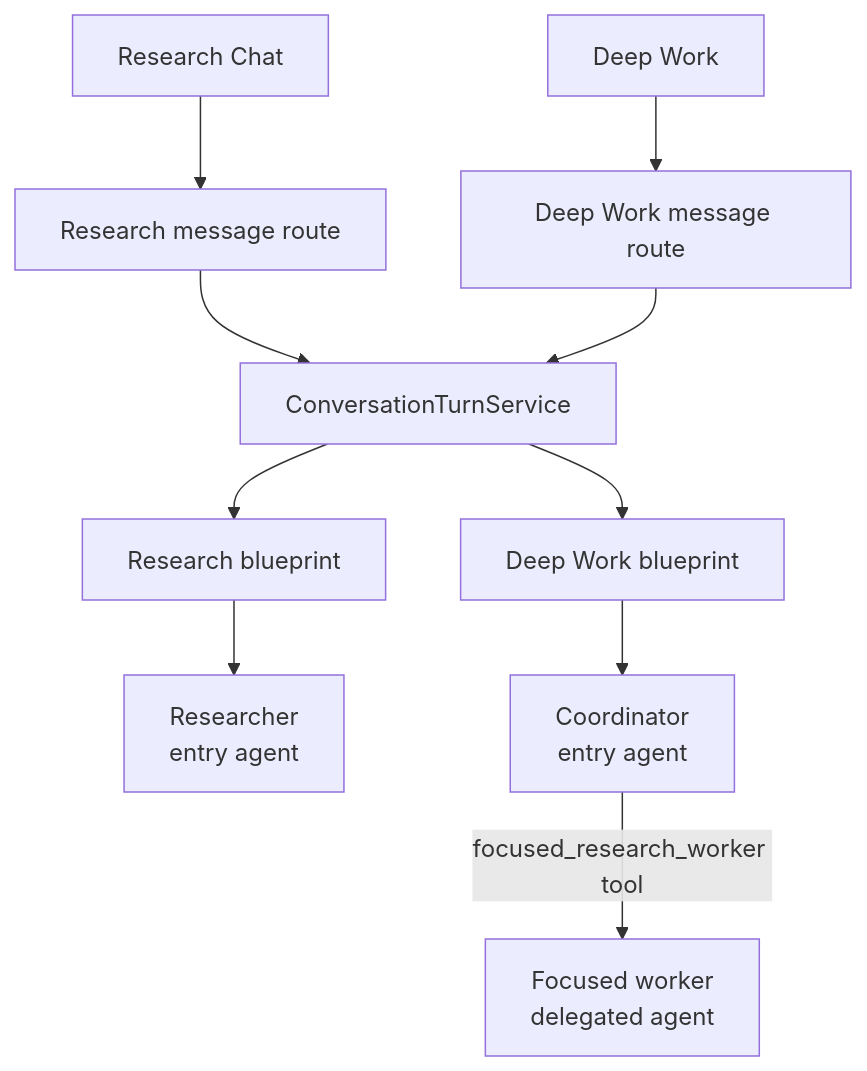
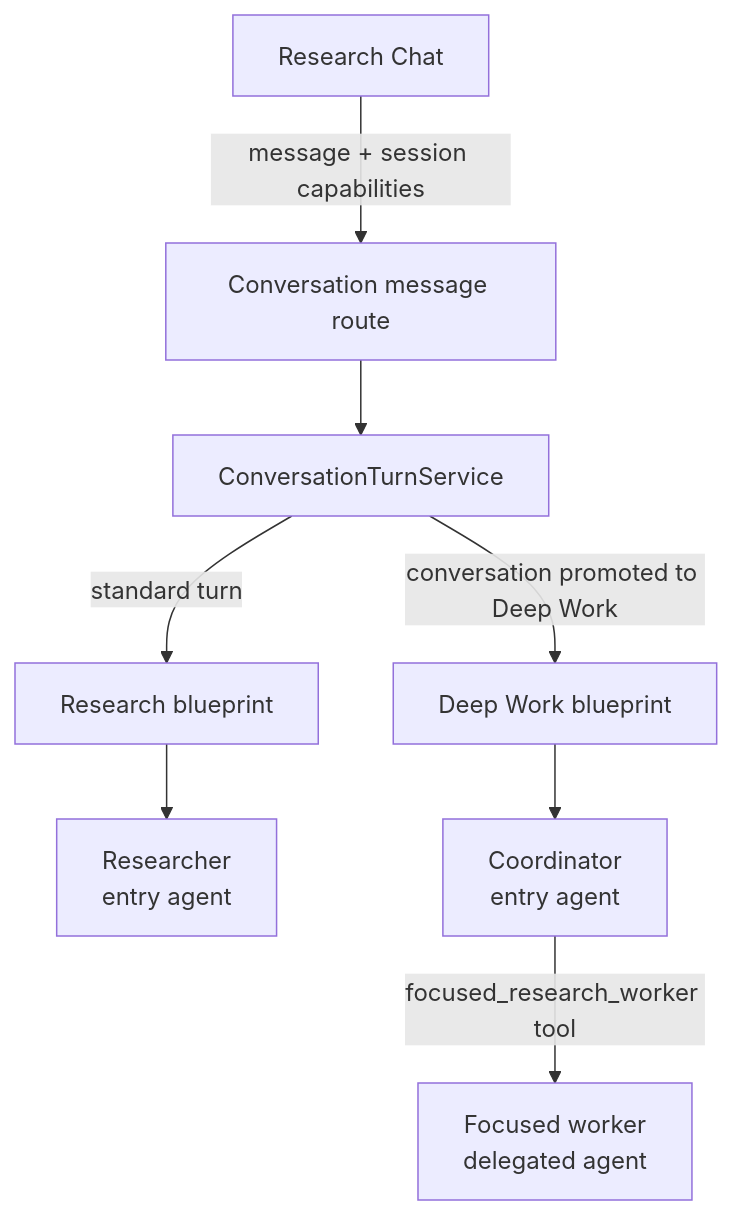
One commit to giridharmunagala/scholarweave changed the third of 16 diagrams in docs/architecture.md. Above: the diagram before and after it, drawn with Mermaid. The commit also changed other lines of this file and 29 other files, not shown here.

First line of the commit message:
Unify deep work and optimize summaries

````diff
--- a/docs/architecture.md
+++ b/docs/architecture.md
@@ -107,15 +107,12 @@
 ```mermaid
 flowchart TD
-    ResearchUI[Research Chat] --> ResearchRoute[Research message route]
-    DeepUI[Deep Work] --> DeepRoute[Deep Work message route]
+    ResearchUI[Research Chat] -->|message + session capabilities| ResearchRoute[Conversation message route]
+    ResearchRoute --> TurnService[ConversationTurnService]
 
-    ResearchRoute --> TurnService[ConversationTurnService]
-    DeepRoute --> TurnService
-
-    TurnService --> ResearchFlow[Research blueprint]
-    TurnService --> DeepFlow[Deep Work blueprint]
+    TurnService -->|standard turn| ResearchFlow[Research blueprint]
+    TurnService -->|conversation promoted to Deep Work| DeepFlow[Deep Work blueprint]
 
     ResearchFlow --> Researcher[Researcher<br/>entry agent]
     DeepFlow --> Coordinator[Coordinator<br/>entry agent]
     Coordinator -->|focused_research_worker tool| Worker[Focused worker<br/>delegated agent]
 ```
````
